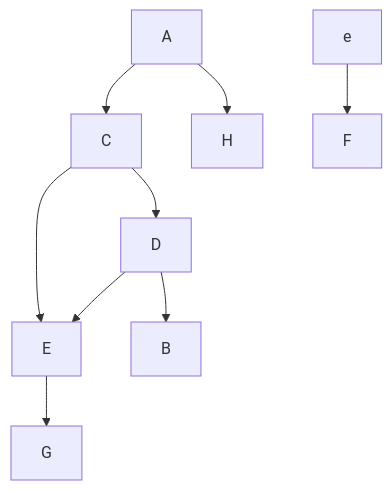
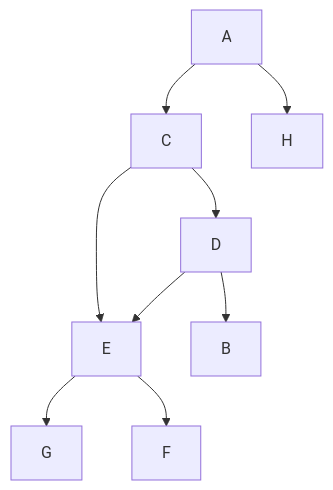
Before and after one commit to truillet/ups: the diagram in l2cupge/README.md, drawn with Mermaid.

````diff
--- a/l2cupge/README.md
+++ b/l2cupge/README.md
@@ -32,11 +33,11 @@
 ```mermaid
  graph TD;
   A-->C;
   A-->H;
   C-->D;
   C-->E;
   D-->B;
   D-->E;
   E-->G;
-  e-->F;
+  E-->F;
 ```
````
